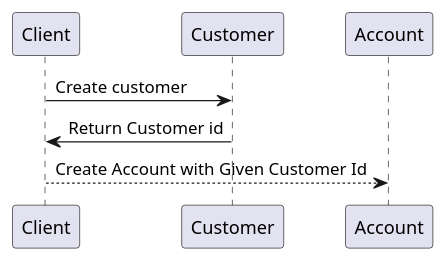
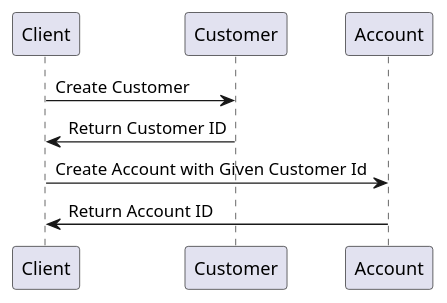
The diagram in _puml/disorderly-programming/AccountCreation.puml (shripad-agashe/shripad-agashe.github.io), drawn with PlantUML before and after one commit. The commit also changed 3 other files, not shown here.

```diff
--- a/_puml/disorderly-programming/AccountCreation.puml
+++ b/_puml/disorderly-programming/AccountCreation.puml
@@ -1,10 +1,11 @@
 @startuml
 Participant Client
 Participant Customer
 Participant Account
 
-Client -> Customer: Create customer
-Customer -> Client: Return Customer id
-Client --> Account: Create Account with Given Customer Id
+Client -> Customer: Create Customer
+Customer -> Client: Return Customer ID
+Client -> Account: Create Account with Given Customer Id
+Account -> Client : Return Account ID
 
 @enduml
```
